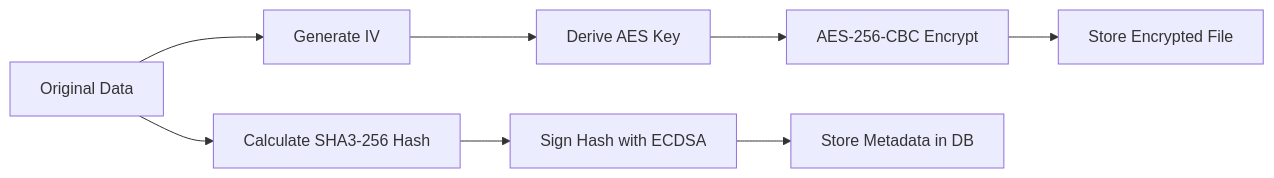
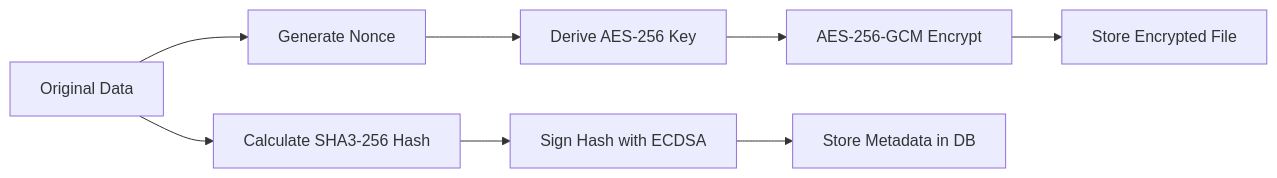
Before and after one commit to rbatllet/private-blockchain: the second of 2 diagrams in docs/TECHNICAL_DETAILS.md, drawn with Mermaid. The commit also changed other lines of this file and 138 other files, not shown here.

````diff
--- a/docs/TECHNICAL_DETAILS.md
+++ b/docs/TECHNICAL_DETAILS.md
@@ -494,10 +494,10 @@
 ```mermaid
 graph LR
-    A[Original Data] --> B[Generate IV]
-    B --> C[Derive AES Key]
-    C --> D[AES-256-CBC Encrypt]
+    A[Original Data] --> B[Generate Nonce]
+    B --> C[Derive AES-256 Key]
+    C --> D[AES-256-GCM Encrypt]
     D --> E[Store Encrypted File]
     A --> F[Calculate SHA3-256 Hash]
     F --> G[Sign Hash with ECDSA]
     G --> H[Store Metadata in DB]
 ```
````
